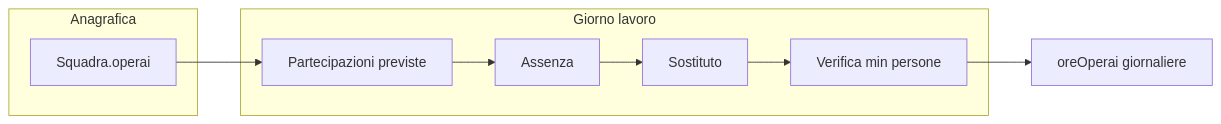
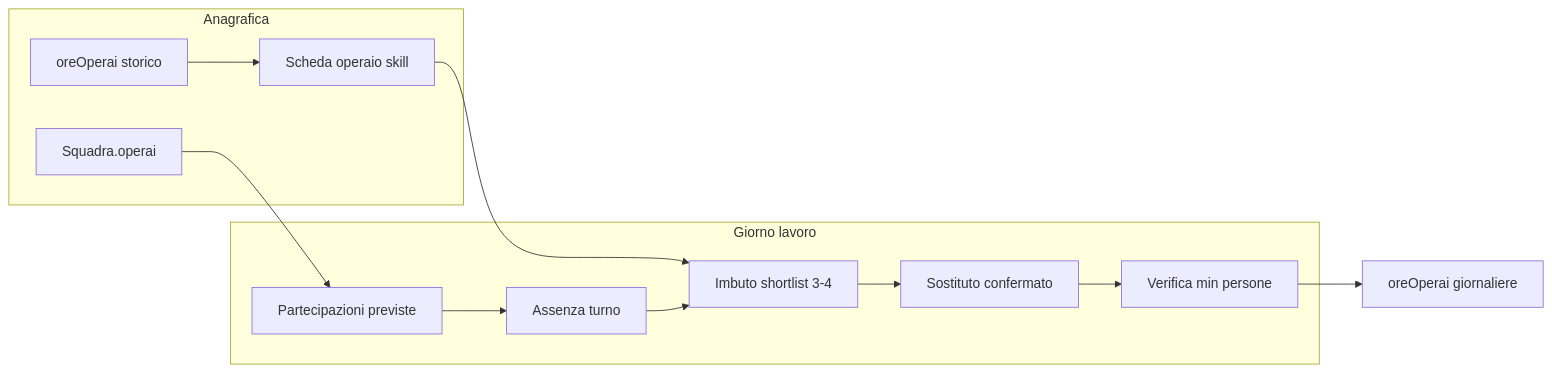
The second of 2 diagrams in docs-sviluppo/tony/PIANO_SOSTITUZIONE_MANODOPERA_SQUADRE.md (VitaraDragon/gfv-platform), drawn with Mermaid before and after one commit. The commit also changed other lines of this file and 136 other files, not shown here.

````diff
--- a/docs-sviluppo/tony/PIANO_SOSTITUZIONE_MANODOPERA_SQUADRE.md
+++ b/docs-sviluppo/tony/PIANO_SOSTITUZIONE_MANODOPERA_SQUADRE.md
@@ -151,17 +383,23 @@
 ```mermaid
 flowchart LR
   subgraph anagrafica [Anagrafica]
     Squadra[Squadra.operai]
+    Scheda[Scheda operaio skill]
+    OreStorico[oreOperai storico]
   end
   subgraph giorno [Giorno lavoro]
     Prev[Partecipazioni previste]
-    Ass[Assenza]
-    Sost[Sostituto]
+    Ass[Assenza turno]
+    Motore[Imbuto shortlist 3-4]
+    Sost[Sostituto confermato]
     Check[Verifica min persone]
   end
+  OreStorico --> Scheda
   Squadra --> Prev
+  Scheda --> Motore
   Prev --> Ass
-  Ass --> Sost
+  Ass --> Motore
+  Motore --> Sost
   Sost --> Check
   Check --> OreReg[oreOperai giornaliere]
 ```
````
